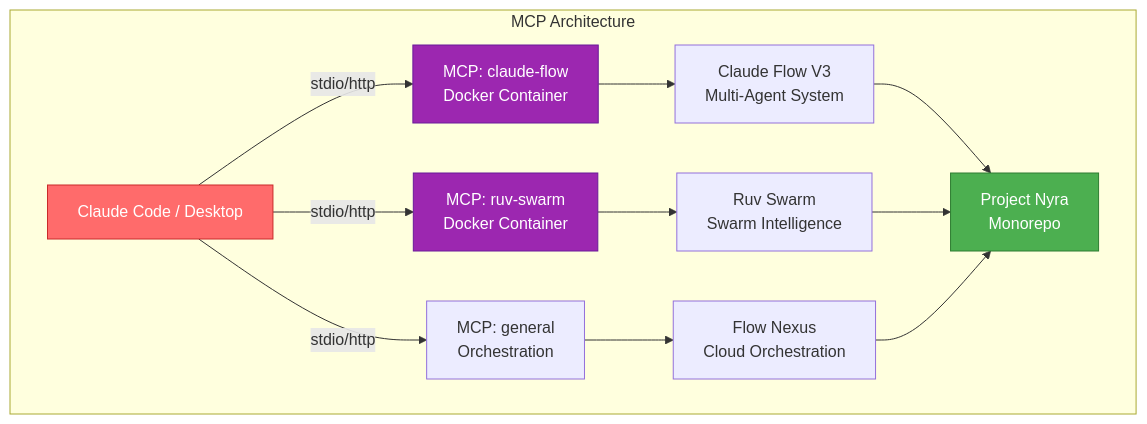
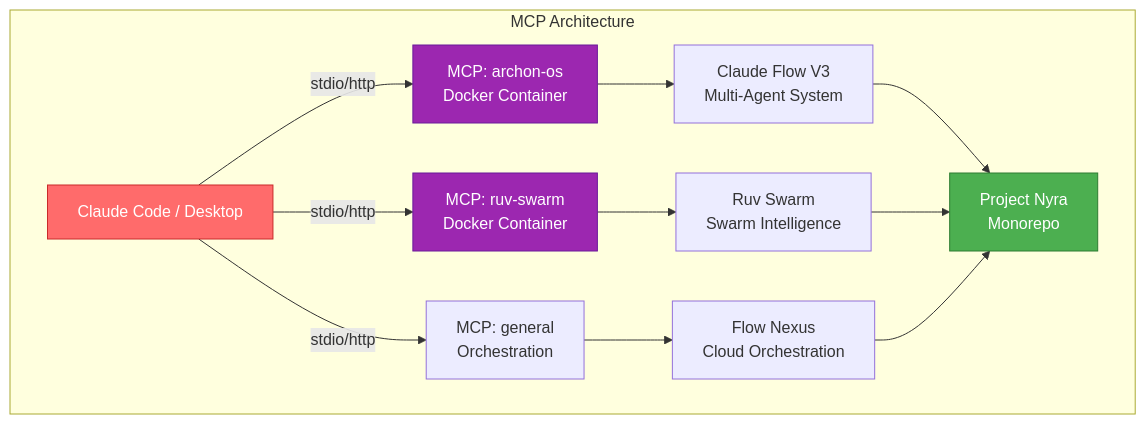
Before and after one commit to ellisapotheosis/Project-Nyra: the sixth of 17 diagrams in docs/architecture/MODERN-REPO-ARCHITECTURE-2026.md, drawn with Mermaid. The commit also changed other lines of this file and 992 other files, not shown here.

````diff
--- a/docs/architecture/MODERN-REPO-ARCHITECTURE-2026.md
+++ b/docs/architecture/MODERN-REPO-ARCHITECTURE-2026.md
@@ -668,27 +668,27 @@
 ```mermaid
 graph TB
     subgraph "MCP Architecture"
         A[Claude Code / Desktop]
 
-        B1[MCP: claude-flow<br/>Docker Container]
+        B1[MCP: archon-os<br/>Docker Container]
         B2[MCP: ruv-swarm<br/>Docker Container]
         B3[MCP: general<br/>Orchestration]
 
         C1[Claude Flow V3<br/>Multi-Agent System]
         C2[Ruv Swarm<br/>Swarm Intelligence]
         C3[Flow Nexus<br/>Cloud Orchestration]
 
         D[Project Nyra<br/>Monorepo]
     end
 
     A -->|stdio/http| B1 & B2 & B3
     B1 --> C1
     B2 --> C2
     B3 --> C3
     C1 & C2 & C3 --> D
 
     style A fill:#FF6B6B,stroke:#C92A2A,color:#fff
     style B1 fill:#9C27B0,stroke:#6A1B9A,color:#fff
     style B2 fill:#9C27B0,stroke:#6A1B9A,color:#fff
     style D fill:#4CAF50,stroke:#2E7D32,color:#fff
 ```
````
